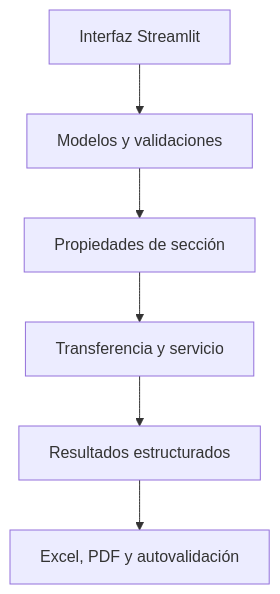
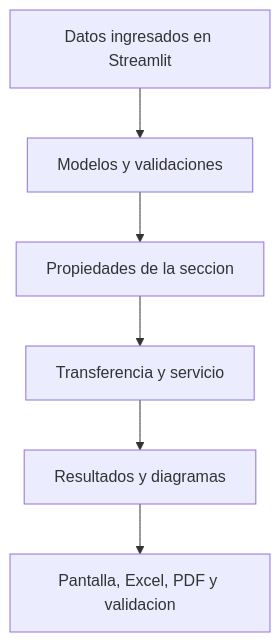
One commit to figuezZ/PRE-POST changed the diagram in README.md. Above: the diagram before and after it, drawn with Mermaid. The commit also changed other lines of this file and 20 other files, not shown here.

````diff
--- a/README.md
+++ b/README.md
@@ -122,8 +37,8 @@
 ```mermaid
 flowchart TD
-    A["Interfaz Streamlit"] --> B["Modelos y validaciones"]
-    B --> C["Propiedades de sección"]
+    A["Datos ingresados en Streamlit"] --> B["Modelos y validaciones"]
+    B --> C["Propiedades de la seccion"]
     C --> D["Transferencia y servicio"]
-    D --> E["Resultados estructurados"]
-    E --> F["Excel, PDF y autovalidación"]
+    D --> E["Resultados y diagramas"]
+    E --> F["Pantalla, Excel, PDF y validacion"]
 ```
````
